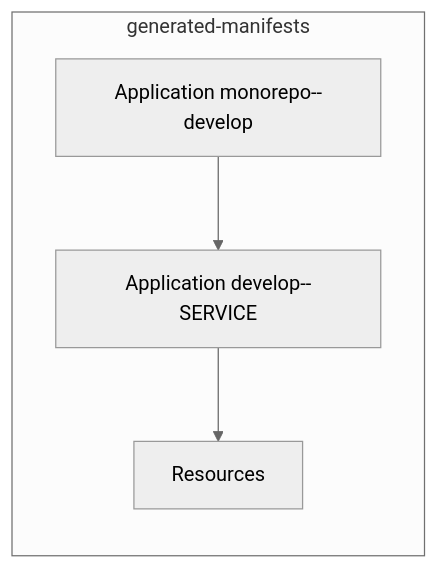
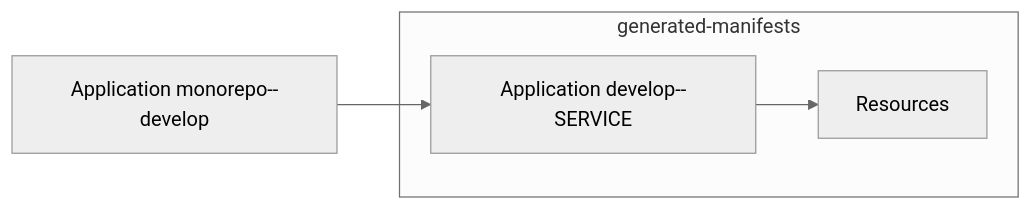
The first of 2 diagrams in README.md (quipper/monorepo-deploy-actions), drawn with Mermaid (neutral theme) before and after one commit.

````diff
--- a/README.md
+++ b/README.md
@@ -73,7 +73,7 @@
 ```mermaid
 graph LR
   subgraph "generated-manifests"
-    App --> AppService[Application develop--SERVICE] --> Resources
+    AppService[Application develop--SERVICE] --> Resources
   end
-  App[Application monorepo--develop]
+  App[Application monorepo--develop] --> AppService
 ```
````
